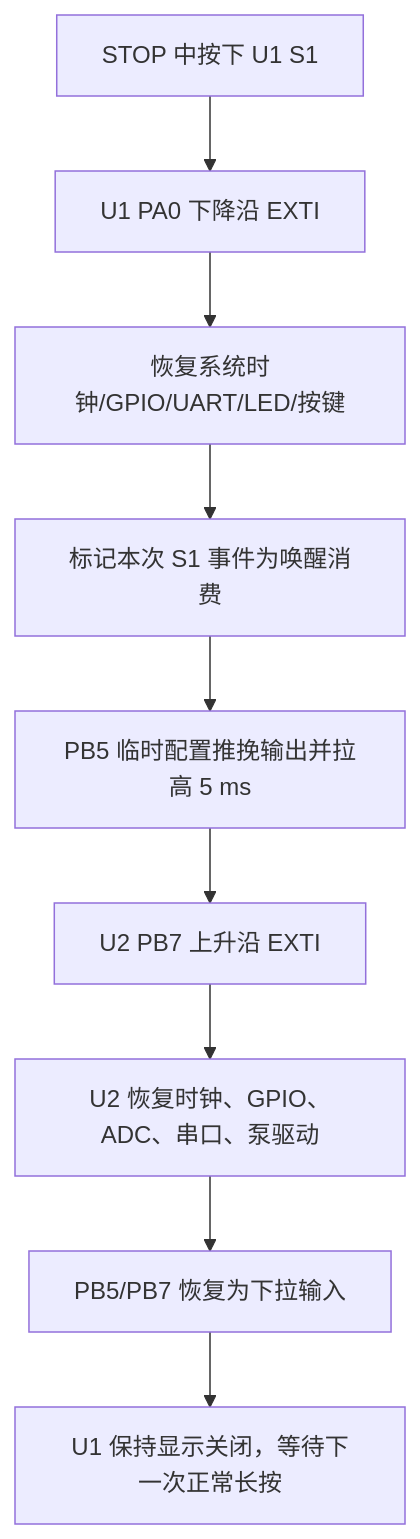
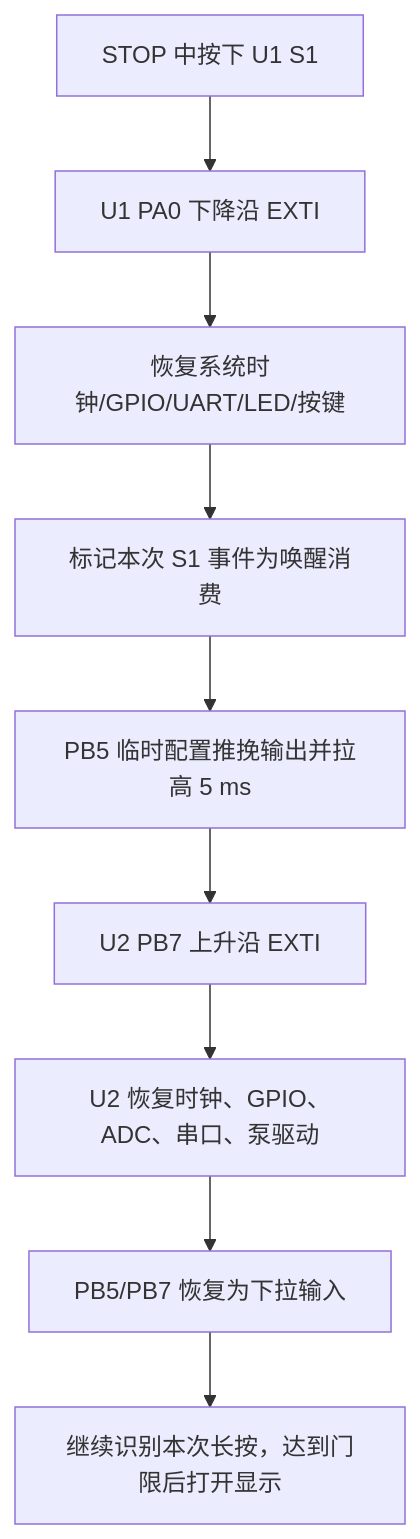
One commit to renletao/xn changed the third of 4 diagrams in docs/02-休眠与唤醒逻辑.md. Above: the diagram before and after it, drawn with Mermaid. The commit also changed other lines of this file and 6 other files, not shown here.

````diff
--- a/docs/02-休眠与唤醒逻辑.md
+++ b/docs/02-休眠与唤醒逻辑.md
@@ -103,11 +103,11 @@
 ```mermaid
 flowchart TD
     A[STOP 中按下 U1 S1] --> B[U1 PA0 下降沿 EXTI]
     B --> C[恢复系统时钟/GPIO/UART/LED/按键]
     C --> D[标记本次 S1 事件为唤醒消费]
     D --> E[PB5 临时配置推挽输出并拉高 5 ms]
     E --> F[U2 PB7 上升沿 EXTI]
     F --> G[U2 恢复时钟、GPIO、ADC、串口、泵驱动]
     G --> H[PB5/PB7 恢复为下拉输入]
-    H --> I[U1 保持显示关闭，等待下一次正常长按]
+    H --> I[继续识别本次长按，达到门限后打开显示]
 ```
````
